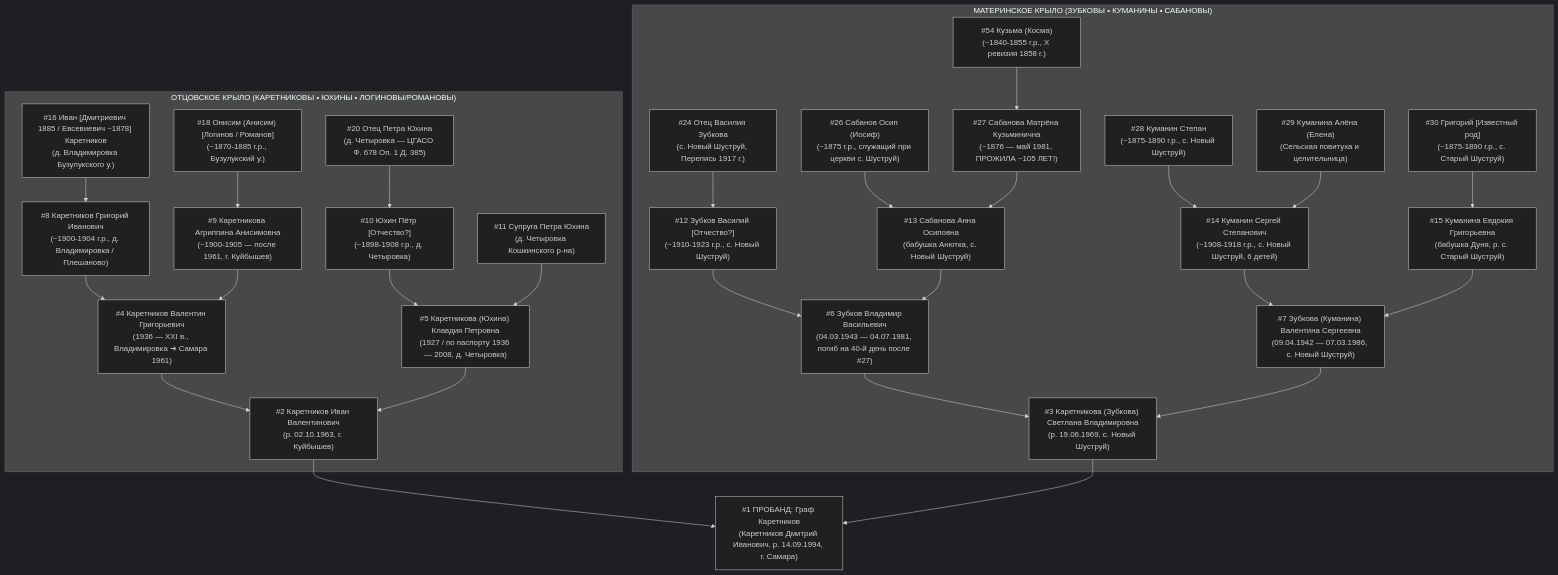
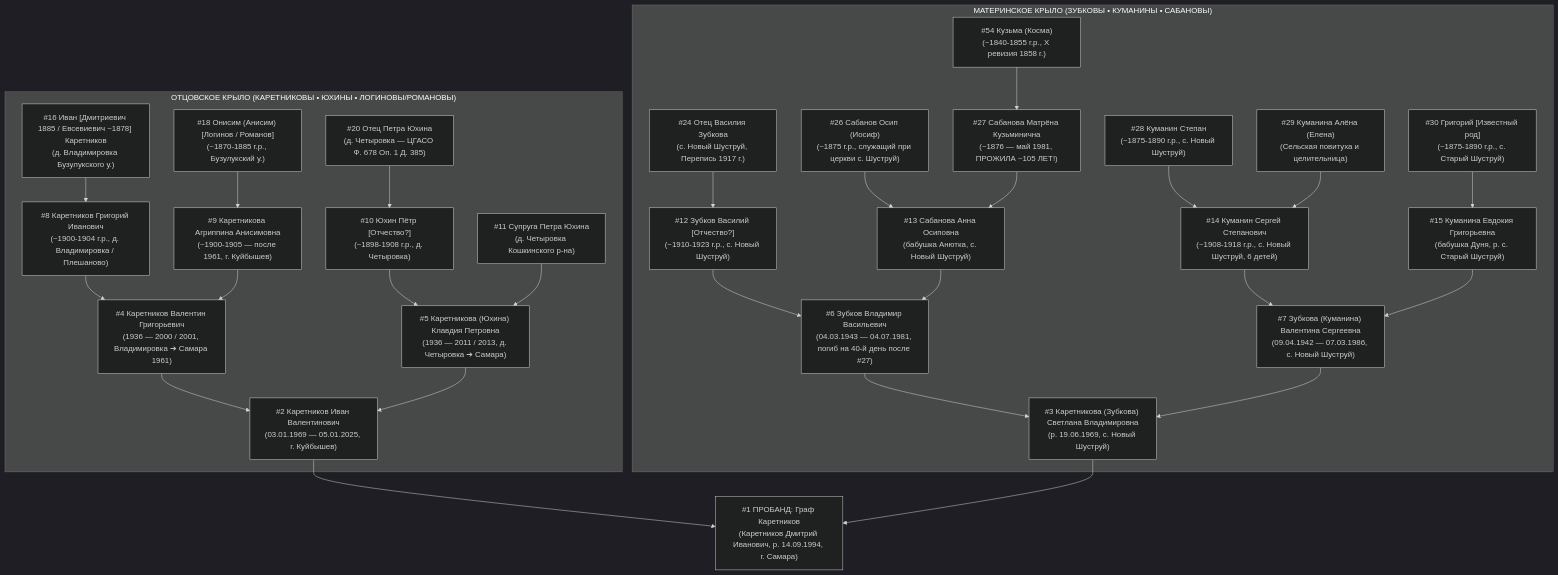
The diagram in MASTER_ANCESTOR_FINDER_ROADMAP.md (Radmatot88/karetnikov-lineage), drawn with Mermaid (dark theme) before and after one commit. The commit also changed other lines of this file and 16 other files, not shown here.

````diff
--- a/MASTER_ANCESTOR_FINDER_ROADMAP.md
+++ b/MASTER_ANCESTOR_FINDER_ROADMAP.md
@@ -26,55 +26,55 @@
 ```mermaid
 flowchart TD
     subgraph PATERNAL["ОТЦОВСКОЕ КРЫЛО (КАРЕТНИКОВЫ • ЮХИНЫ • ЛОГИНОВЫ/РОМАНОВЫ)"]
         P16["#16 Иван [Дмитриевич 1885 / Евсевиевич ~1878] Каретников<br/>(д. Владимировка Бузулукского у.)"]
         P18["#18 Онисим (Анисим) [Логинов / Романов]<br/>(~1870-1885 г.р., Бузулукский у.)"]
         P20["#20 Отец Петра Юхина<br/>(д. Четыровка — ЦГАСО Ф. 678 Оп. 1 Д. 385)"]
         
         P8["#8 Каретников Григорий Иванович<br/>(~1900-1904 г.р., д. Владимировка / Плешаново)"]
         P9["#9 Каретникова Агриппина Анисимовна<br/>(~1900-1905 — после 1961, г. Куйбышев)"]
         P10["#10 Юхин Пётр [Отчество?]<br/>(~1898-1908 г.р., д. Четыровка)"]
         P11["#11 Супруга Петра Юхина<br/>(д. Четыровка Кошкинского р-на)"]
         
-        P4["#4 Каретников Валентин Григорьевич<br/>(1936 — ХХI в., Владимировка ➔ Самара 1961)"]
-        P5["#5 Каретникова (Юхина) Клавдия Петровна<br/>(1927 / по паспорту 1936 — 2008, д. Четыровка)"]
-        P2["#2 Каретников Иван Валентинович<br/>(р. 02.10.1963, г. Куйбышев)"]
+        P4["#4 Каретников Валентин Григорьевич<br/>(1936 — 2000 / 2001, Владимировка ➔ Самара 1961)"]
+        P5["#5 Каретникова (Юхина) Клавдия Петровна<br/>(1936 — 2011 / 2013, д. Четыровка ➔ Самара)"]
+        P2["#2 Каретников Иван Валентинович<br/>(03.01.1969 — 05.01.2025, г. Куйбышев)"]
 
         P16 --> P8
         P18 --> P9
         P20 --> P10
         P8 & P9 --> P4
         P10 & P11 --> P5
         P4 & P5 --> P2
     end
 
     subgraph MATERNAL["МАТЕРИНСКОЕ КРЫЛО (ЗУБКОВЫ • КУМАНИНЫ • САБАНОВЫ)"]
         P54["#54 Кузьма (Косма)<br/>(~1840-1855 г.р., X ревизия 1858 г.)"]
         P24["#24 Отец Василия Зубкова<br/>(с. Новый Шуструй, Перепись 1917 г.)"]
         P26["#26 Сабанов Осип (Иосиф)<br/>(~1875 г.р., служащий при церкви с. Шуструй)"]
         P27["#27 Сабанова Матрёна Кузьминична<br/>(~1876 — май 1981, ПРОЖИЛА ~105 ЛЕТ!)"]
         P28["#28 Куманин Степан<br/>(~1875-1890 г.р., с. Новый Шуструй)"]
         P29["#29 Куманина Алёна (Елена)<br/>(Сельская повитуха и целительница)"]
         P30["#30 Григорий [Известный род]<br/>(~1875-1890 г.р., с. Старый Шуструй)"]
 
         P12["#12 Зубков Василий [Отчество?]<br/>(~1910-1923 г.р., с. Новый Шуструй)"]
         P13["#13 Сабанова Анна Осиповна<br/>(бабушка Анютка, с. Новый Шуструй)"]
         P14["#14 Куманин Сергей Степанович<br/>(~1908-1918 г.р., с. Новый Шуструй, 6 детей)"]
         P15["#15 Куманина Евдокия Григорьевна<br/>(бабушка Дуня, р. с. Старый Шуструй)"]
 
         P6["#6 Зубков Владимир Васильевич<br/>(04.03.1943 — 04.07.1981, погиб на 40-й день после #27)"]
         P7["#7 Зубкова (Куманина) Валентина Сергеевна<br/>(09.04.1942 — 07.03.1986, с. Новый Шуструй)"]
         P3["#3 Каретникова (Зубкова) Светлана Владимировна<br/>(р. 19.06.1969, с. Новый Шуструй)"]
 
         P54 --> P27
         P24 --> P12
         P26 & P27 --> P13
         P28 & P29 --> P14
         P30 --> P15
         P12 & P13 --> P6
         P14 & P15 --> P7
         P6 & P7 --> P3
     end
 
     P1["#1 ПРОБАНД: Граф Каретников<br/>(Каретников Дмитрий Иванович, р. 14.09.1994, г. Самара)"]
     P2 & P3 --> P1
 ```
````
